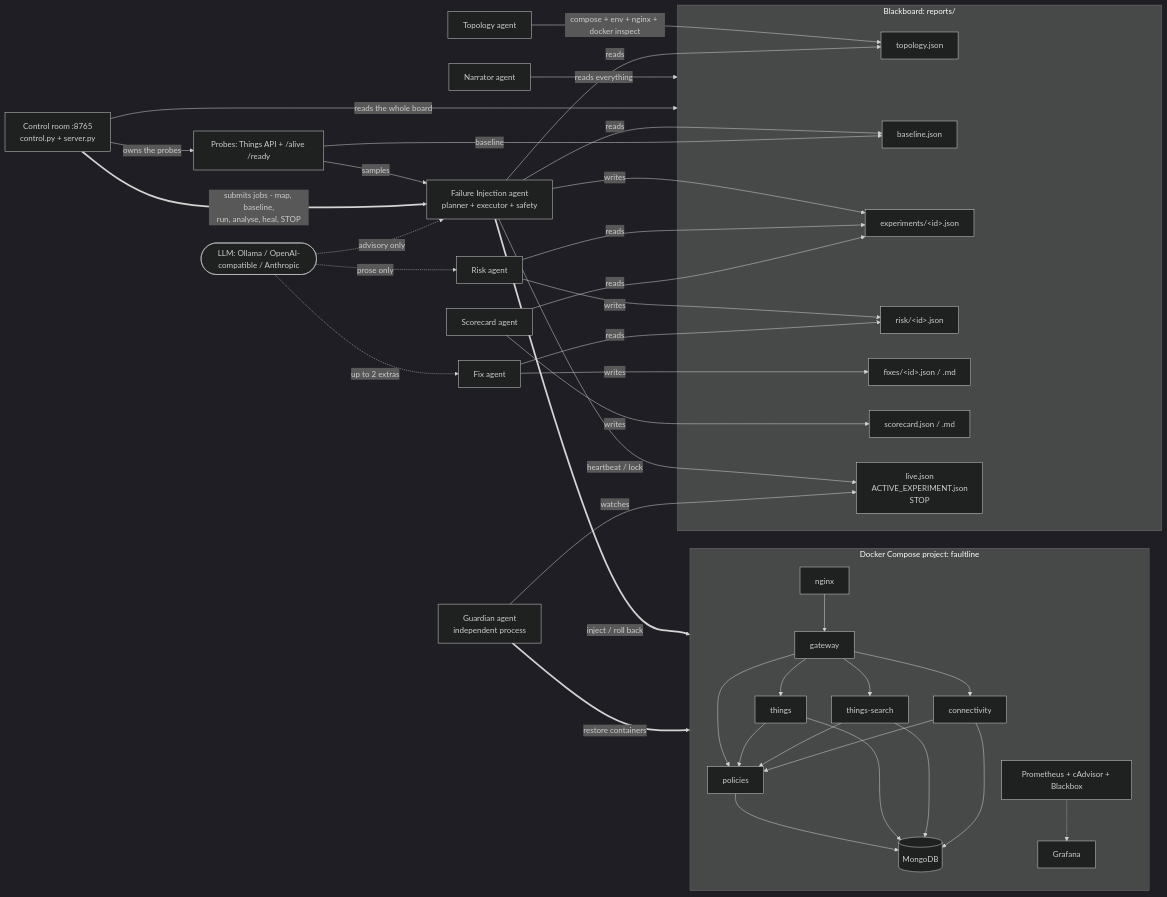
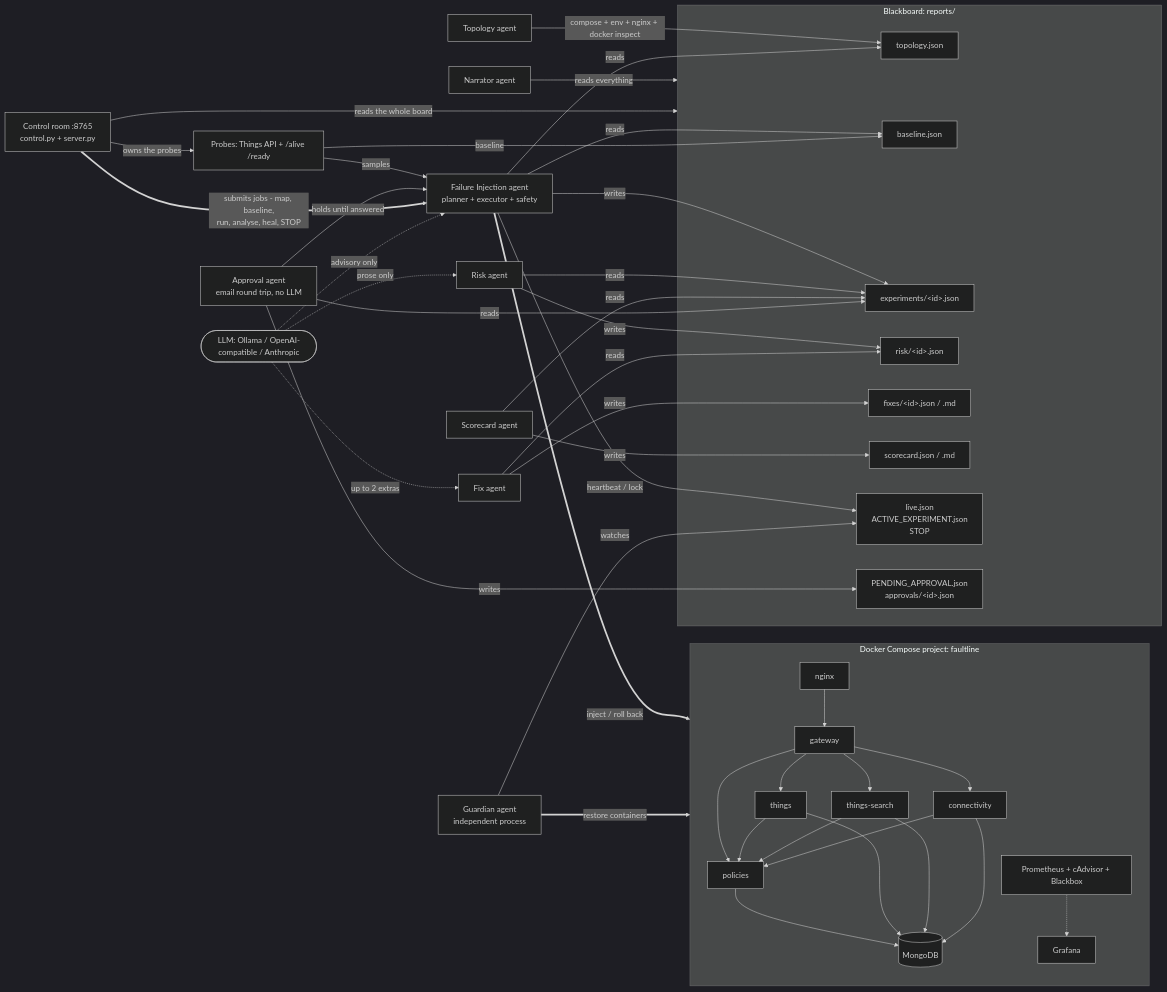
Before and after one commit to InnoxCodes/fault-line: the diagram in README.md, drawn with Mermaid (dark theme). The commit also changed other lines of this file and 5 other files, not shown here.

````diff
--- a/README.md
+++ b/README.md
@@ -32,48 +32,52 @@
 ```mermaid
 flowchart LR
     subgraph sandbox["Docker Compose project: faultline"]
         nginx --> gateway --> policies
         gateway --> things --> policies
         gateway --> search["things-search"] --> policies
         gateway --> conn["connectivity"] --> policies
         policies --> mongo[("MongoDB")]
         things --> mongo
         search --> mongo
         conn --> mongo
         prom["Prometheus + cAdvisor + Blackbox"] -.-> grafana["Grafana"]
     end
 
     subgraph bb["Blackboard: reports/"]
         topo["topology.json"]
         base["baseline.json"]
         exp["experiments/&lt;id&gt;.json"]
         risk["risk/&lt;id&gt;.json"]
         fix["fixes/&lt;id&gt;.json / .md"]
         score["scorecard.json / .md"]
         live["live.json<br/>ACTIVE_EXPERIMENT.json<br/>STOP"]
+        appr["PENDING_APPROVAL.json<br/>approvals/&lt;id&gt;.json"]
     end
 
     T["Topology agent"] -->|compose + env + nginx + docker inspect| topo
     I["Failure Injection agent<br/>planner + executor + safety"] -->|reads| topo
     I -->|reads| base
     I -->|writes| exp
     I -->|heartbeat / lock| live
     I ==>|inject / roll back| sandbox
     P["Probes: Things API + /alive /ready"] -->|baseline| base
     P -->|samples| I
     R["Risk agent"] -->|reads| exp
     R -->|writes| risk
     F["Fix agent"] -->|reads| risk
     F -->|writes| fix
     S["Scorecard agent"] -->|reads| exp
     S -->|writes| score
     N["Narrator agent"] -->|reads everything| bb
     G["Guardian agent<br/>independent process"] -->|watches| live
     G ==>|restore containers| sandbox
+    A["Approval agent<br/>email round trip, no LLM"] -->|holds until answered| I
+    A -->|reads| exp
+    A -->|writes| appr
     D["Control room :8765<br/>control.py + server.py"] -->|reads the whole board| bb
     D ==>|submits jobs - map, baseline,<br/>run, analyse, heal, STOP| I
     D -->|owns the probes| P
     LLM(["LLM: Ollama / OpenAI-compatible / Anthropic"]) -. advisory only .-> I
     LLM -. prose only .-> R
     LLM -. up to 2 extras .-> F
 ```
````
